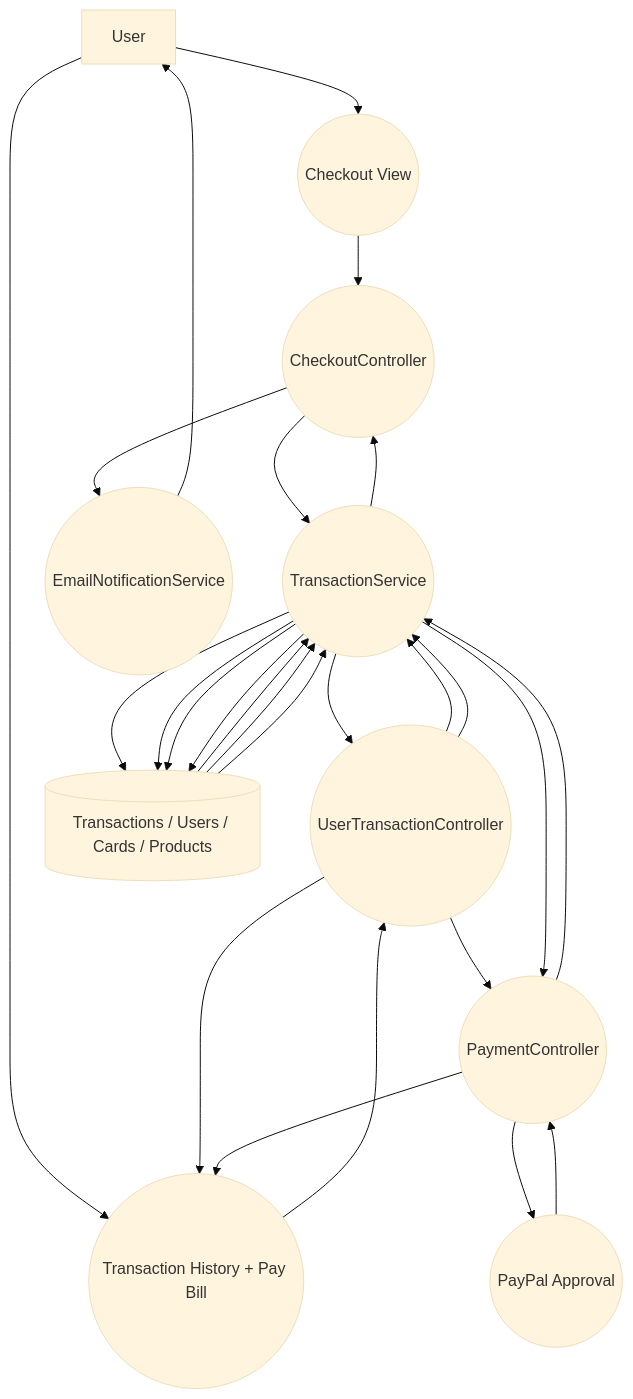
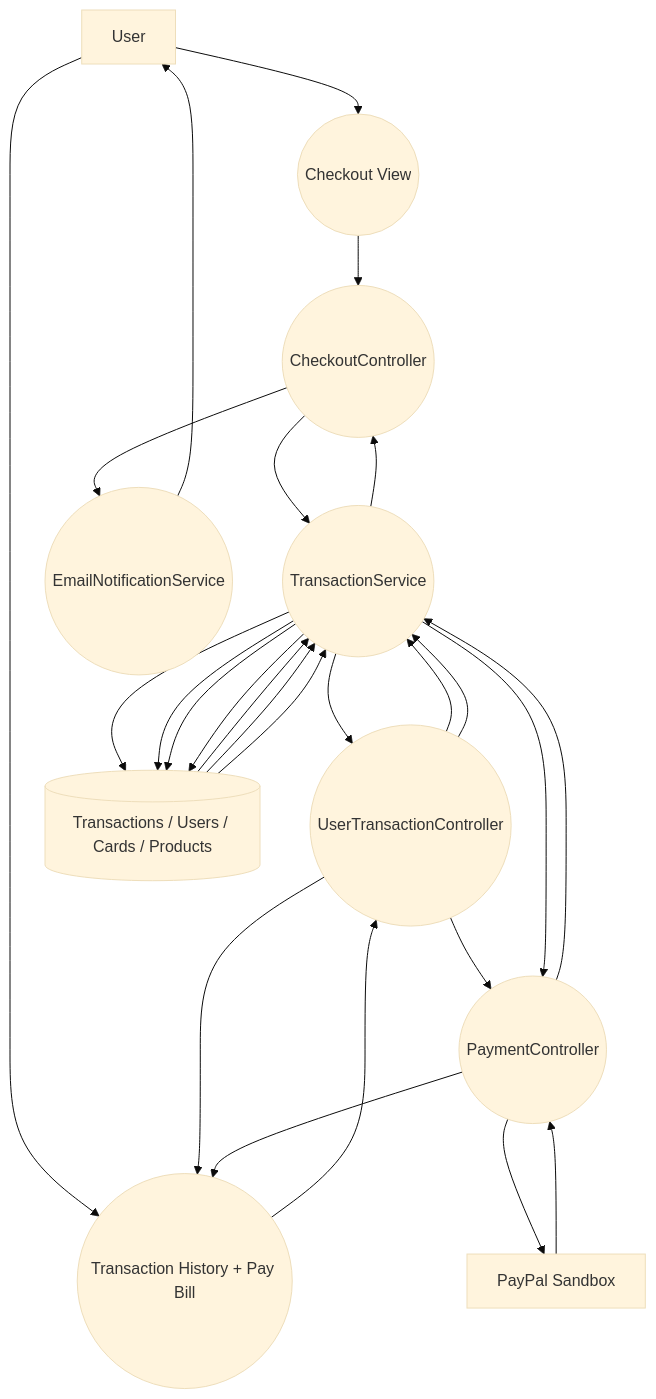
Before and after one commit to phuchoang0167/Online_Mobile_Recharge: the diagram in doc/data-flow/DATA_FLOW_POSTPAID_PAYMENT.mmd, drawn with Mermaid (base theme). The commit also changed 7 other files, not shown here.

First line of the commit message:
Update flowcharts, ER diagrams, and docs for PayPal & schema

```diff
--- a/doc/data-flow/DATA_FLOW_POSTPAID_PAYMENT.mmd
+++ b/doc/data-flow/DATA_FLOW_POSTPAID_PAYMENT.mmd
@@ -1,30 +1,30 @@
 flowchart TD
     %% See doc/data-flow/FLOWCHART_SYMBOLS.md for symbol meanings
 
     U[User]
     CV((Checkout View))
     HV((Transaction History + Pay Bill))
-    PP((PayPal Approval))
+    PP[PayPal Sandbox]
 
     CC((CheckoutController))
     UTC((UserTransactionController))
     PAY((PaymentController))
     TS((TransactionService))
     ENS((EmailNotificationService))
 
     DB[(Transactions / Users / Cards / Products)]
 
     U --> CV --> CC --> TS --> DB
     DB --> TS --> CC
 
     CC --> ENS
     ENS --> U
 
     %% Pay bill: Card flow (settle immediately)
     U --> HV --> UTC --> TS --> DB
     DB --> TS --> UTC --> HV
 
     %% Pay bill: PayPal flow (begin checkout -> redirect -> return -> complete)
     UTC --> TS --> DB
     UTC --> PAY --> PP --> PAY --> TS --> DB
     DB --> TS --> PAY --> HV
```
